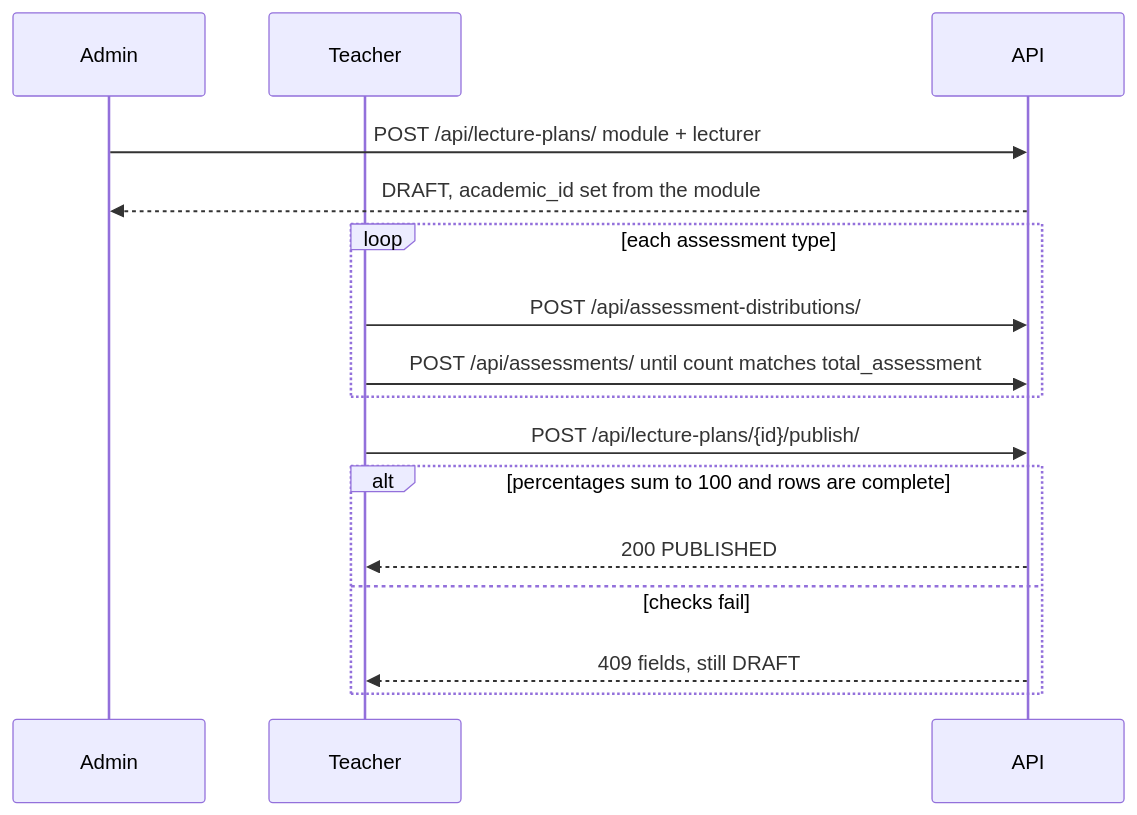
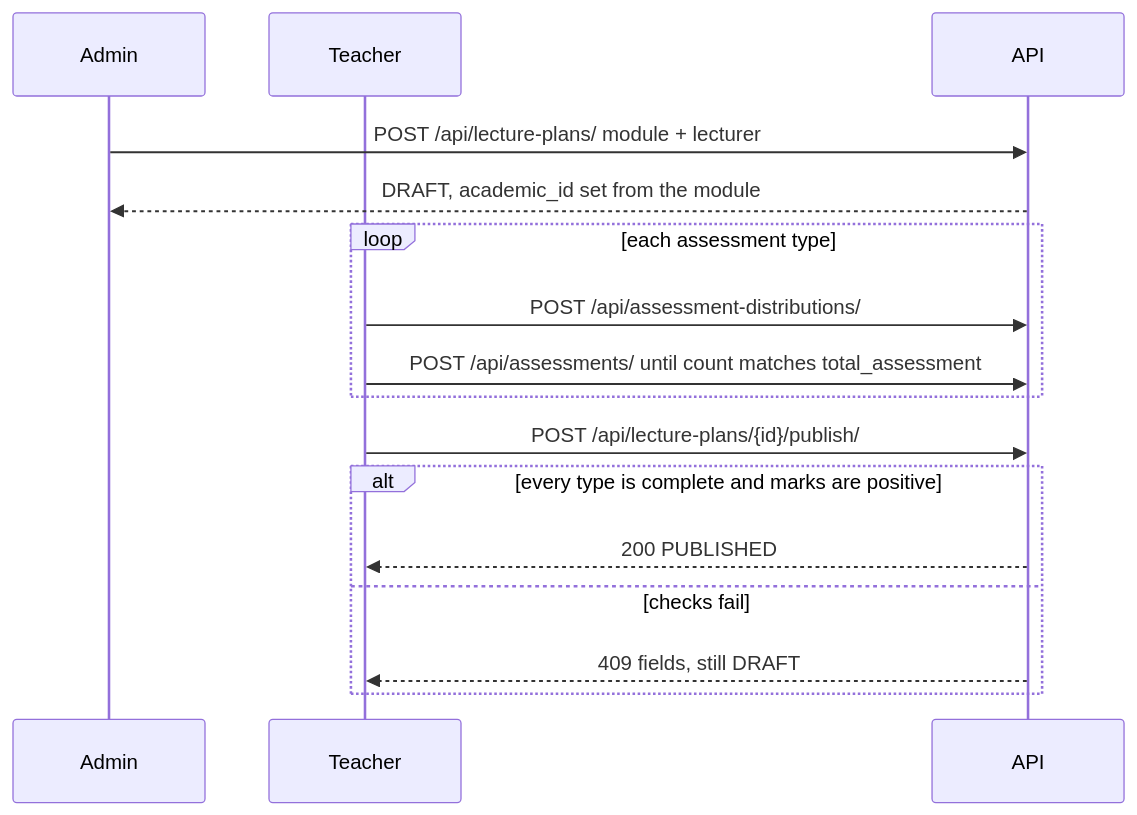
One commit to PhyoeKyawThan/assessment_based_student_performance_analysis_system changed the fourth of 7 diagrams in docs/sequences.md. Above: the diagram before and after it, drawn with Mermaid. The commit also changed other lines of this file and 11 other files, not shown here.

````diff
--- a/docs/sequences.md
+++ b/docs/sequences.md
@@ -73,19 +73,19 @@
 ```mermaid
 sequenceDiagram
     participant A as Admin
     participant T as Teacher
     participant API
 
     A->>API: POST /api/lecture-plans/ module + lecturer
     API-->>A: DRAFT, academic_id set from the module
     loop each assessment type
         T->>API: POST /api/assessment-distributions/
         T->>API: POST /api/assessments/ until count matches total_assessment
     end
     T->>API: POST /api/lecture-plans/{id}/publish/
-    alt percentages sum to 100 and rows are complete
+    alt every type is complete and marks are positive
         API-->>T: 200 PUBLISHED
     else checks fail
         API-->>T: 409 fields, still DRAFT
     end
 ```
````
